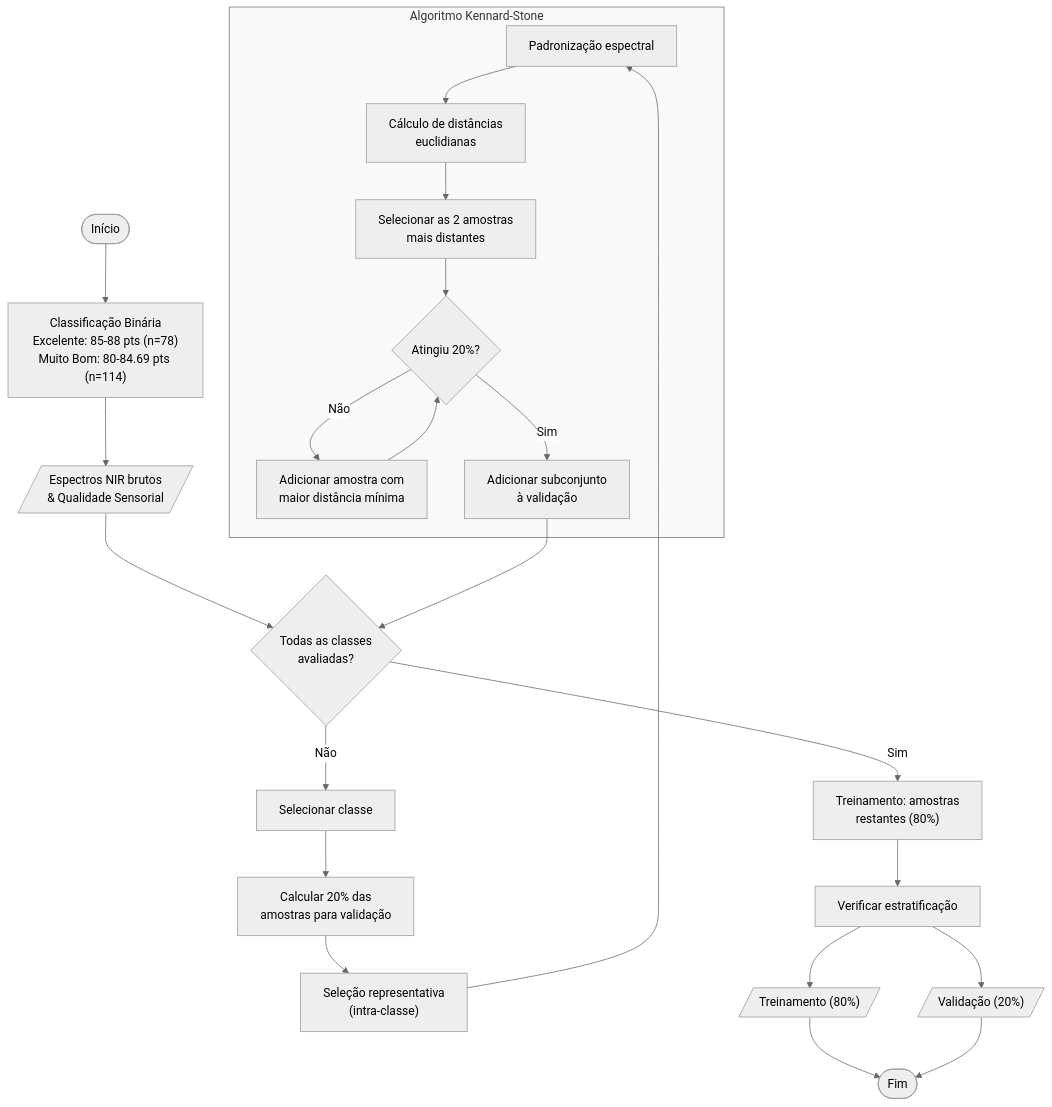
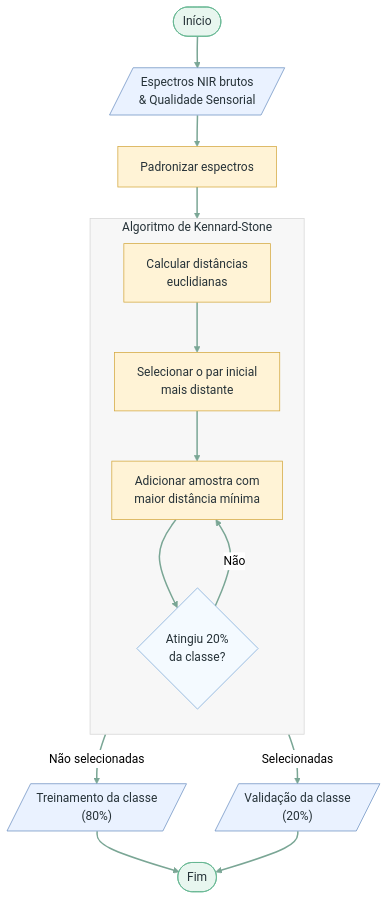
Before and after one commit to A-malta/coffee-nir-quality: the diagram in docs/fluxogramas/01_divisao_dados.md, drawn with Mermaid. The commit also changed other lines of this file and 3 other files, not shown here.

Commit message:
docs: update pipeline flowcharts

````diff
--- a/docs/fluxogramas/01_divisao_dados.md
+++ b/docs/fluxogramas/01_divisao_dados.md
@@ -12,40 +12,53 @@
 ```mermaid
 ---
 config:
   theme: neutral
   look: classic
   fontFamily: '''Open Sans Variable'', sans-serif'
+  fontSize: 18
+  flowchart:
+    curve: basis
+    nodeSpacing: 38
+    rankSpacing: 42
   themeVariables:
-    fontFamily: '''Open Sans Variable'', sans-serif'
+    primaryColor: '#F1FAF6'
+    primaryBorderColor: '#75B99A'
+    primaryTextColor: '#263238'
+    lineColor: '#7AA695'
+    secondaryColor: '#FFF7E6'
+    tertiaryColor: '#EEF6FF'
 ---
 flowchart TB
- subgraph KS["Algoritmo Kennard-Stone"]
-        L1["Padronização espectral"]
-        L2["Cálculo de distâncias<br>euclidianas"]
-        L3["Selecionar as 2 amostras<br>mais distantes"]
-        L4{"Atingiu 20%?"}
-        L5["Adicionar amostra com<br>maior distância mínima"]
-        L6["Adicionar subconjunto<br>à validação"]
+ subgraph KS["Algoritmo de Kennard-Stone"]
+        direction TB
+        L2A["Calcular distâncias<br>euclidianas"]
+        L2["Selecionar o par inicial<br>mais distante"]
+        L3["Adicionar amostra com<br>maior distância mínima"]
+        L4{"Atingiu 20%<br>da classe?"}
+
+        L2A --> L2
   end
-    A(["Início"]) --> A1["Classificação Binária<br>Excelente: 85-88 pts (n=78)<br>Muito Bom: 80-84.69 pts (n=114)"]
-    A1 --> B[/"Espectros NIR brutos<br>&amp; Qualidade Sensorial"/]
-    B --> I{"Todas as classes<br>avaliadas?"}
-    I -- Não --> J["Selecionar classe"]
-    J --> K["Calcular 20% das<br>amostras para validação"]
-    K --> L["Seleção representativa<br>(intra-classe)"]
-    L --> L1
-    L1 --> L2
+    A(["Início"]) --> B[/"Espectros NIR brutos<br>&amp; Qualidade Sensorial"/]
+    B --> L1["Padronizar espectros"]
+    L1 --> L2A
     L2 --> L3
     L3 --> L4
-    L4 -- Não --> L5
-    L5 --> L4
-    L4 -- Sim --> L6
-    L6 --> I
-    I -- Sim --> N["Treinamento: amostras<br>restantes (80%)"]
-    N --> O["Verificar estratificação"]
-    O --> P[/"Treinamento (80%)"/] & Q[/"Validação (20%)"/]
+    L4 -- Não --> L3
+    L4 -- "Selecionadas" --> Q[/"Validação da classe<br>(20%)"/]
+    L4 -- "Não selecionadas" --> P[/"Treinamento da classe<br>(80%)"/]
     P --> R(["Fim"])
     Q --> R
 
-    style KS fill:#f9f9f9
+    classDef terminador fill:#E8F6EF,stroke:#62B58F,color:#263238
+    classDef dados fill:#EAF2FF,stroke:#6C91C2,color:#263238
+    classDef processo fill:#FFF3D6,stroke:#D4A83F,color:#263238
+    classDef decisao fill:#F4FAFF,stroke:#7BA8D8,color:#263238
+
+    class A,R terminador
+    class B,P,Q dados
+    class L1,L2A,L2,L3 processo
+    class L4 decisao
+
+    style KS fill:#F7F7F7,stroke:#D6D6D6,color:#263238
+    linkStyle default stroke:#7AA695,stroke-width:2px
 ```
````
